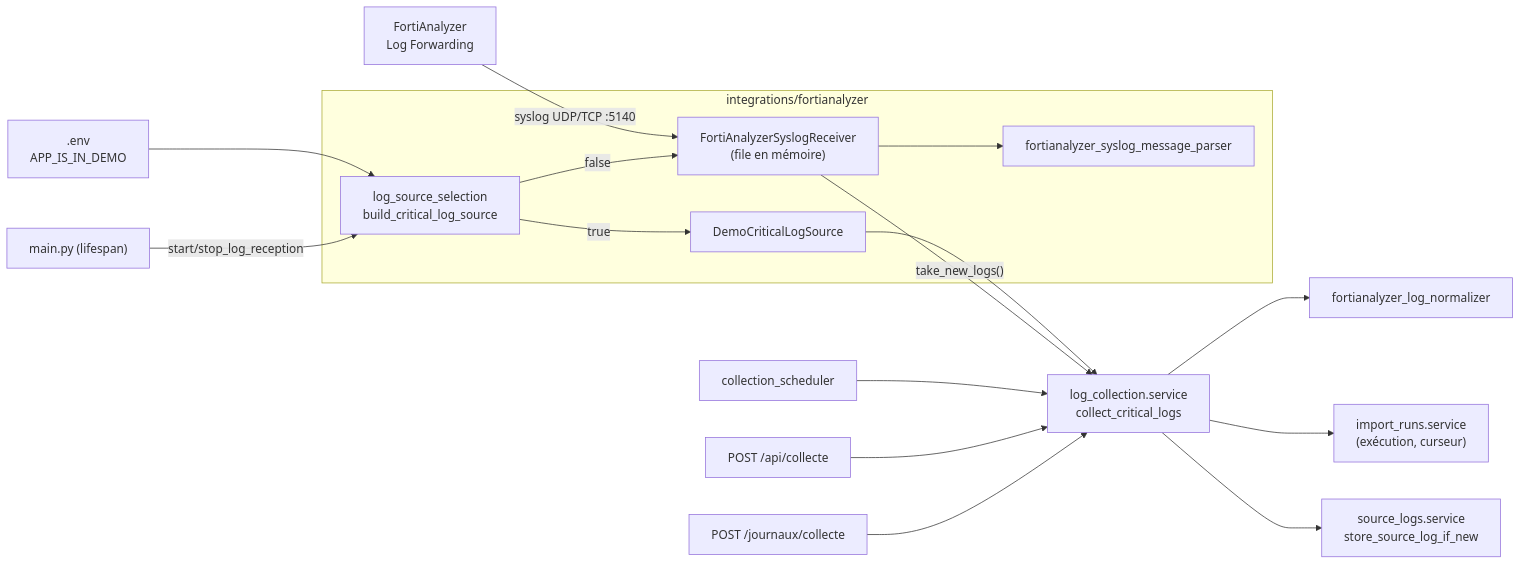
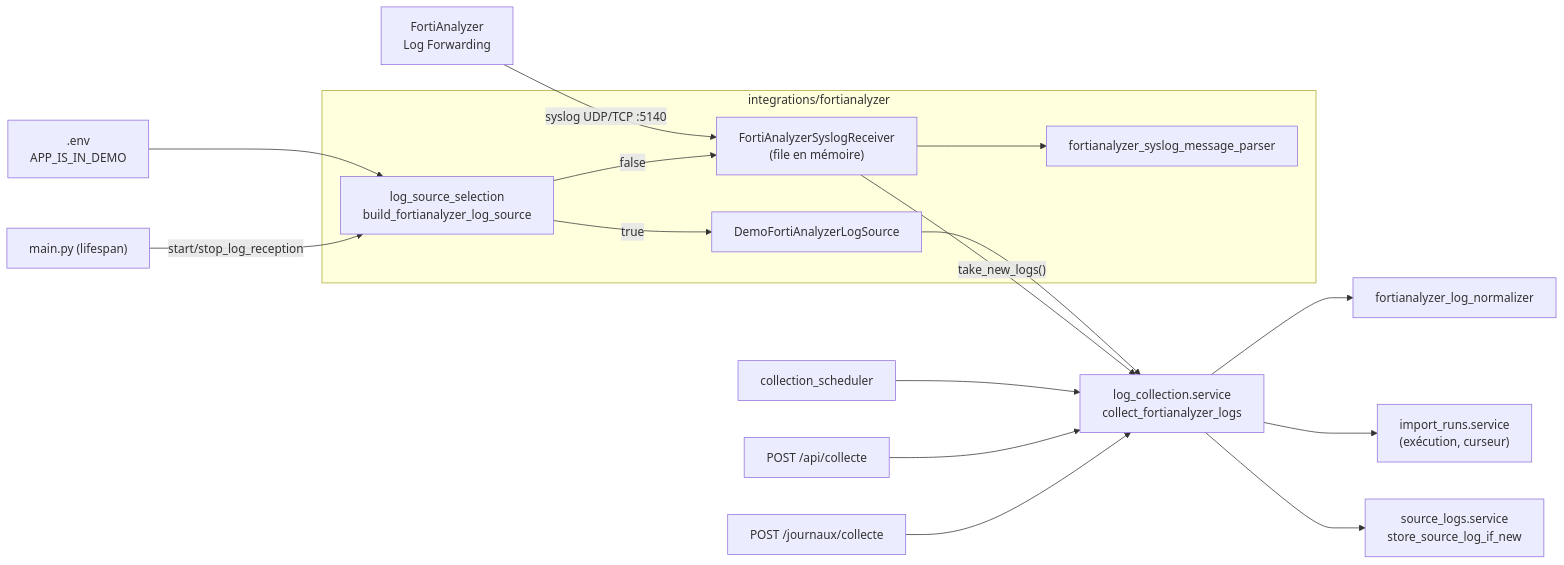
The diagram in docs/technical/log_collection.md (kalash-alertes/Private-), drawn with Mermaid before and after one commit. The commit also changed other lines of this file and 33 other files, not shown here.

````diff
--- a/docs/technical/log_collection.md
+++ b/docs/technical/log_collection.md
@@ -11,21 +11,21 @@
 ```mermaid
 flowchart LR
     faz[FortiAnalyzer<br/>Log Forwarding] -- "syslog UDP/TCP :5140" --> rcv
     subgraph integrations/fortianalyzer
         rcv["FortiAnalyzerSyslogReceiver<br/>(file en mémoire)"] --> parser[fortianalyzer_syslog_message_parser]
-        sel["log_source_selection<br/>build_critical_log_source"]
-        demo[DemoCriticalLogSource]
+        sel["log_source_selection<br/>build_fortianalyzer_log_source"]
+        demo[DemoFortiAnalyzerLogSource]
     end
     env[".env<br/>APP_IS_IN_DEMO"] --> sel
     sel -- "true" --> demo
     sel -- "false" --> rcv
     demo --> svc
-    rcv -- "take_new_logs()" --> svc["log_collection.service<br/>collect_critical_logs"]
+    rcv -- "take_new_logs()" --> svc["log_collection.service<br/>collect_fortianalyzer_logs"]
     svc --> norm[fortianalyzer_log_normalizer]
     svc --> ir["import_runs.service<br/>(exécution, curseur)"]
     svc --> sl["source_logs.service<br/>store_source_log_if_new"]
     sched[collection_scheduler] --> svc
     api["POST /api/collecte"] --> svc
     page["POST /journaux/collecte"] --> svc
     main["main.py (lifespan)"] -- "start/stop_log_reception" --> sel
 ```
````
